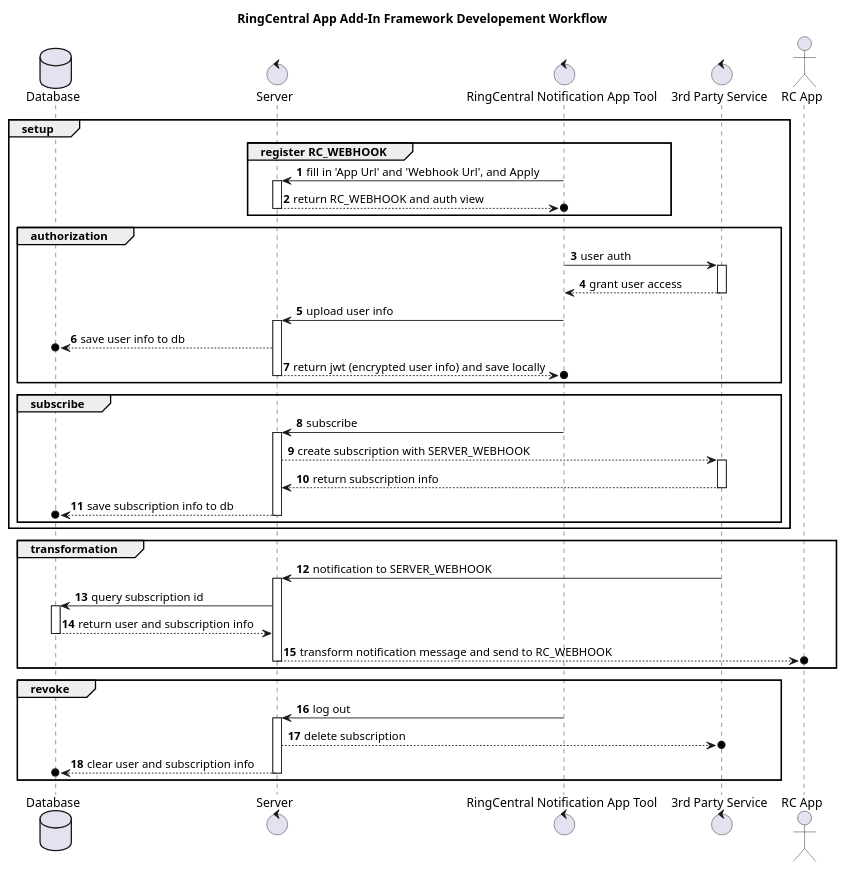
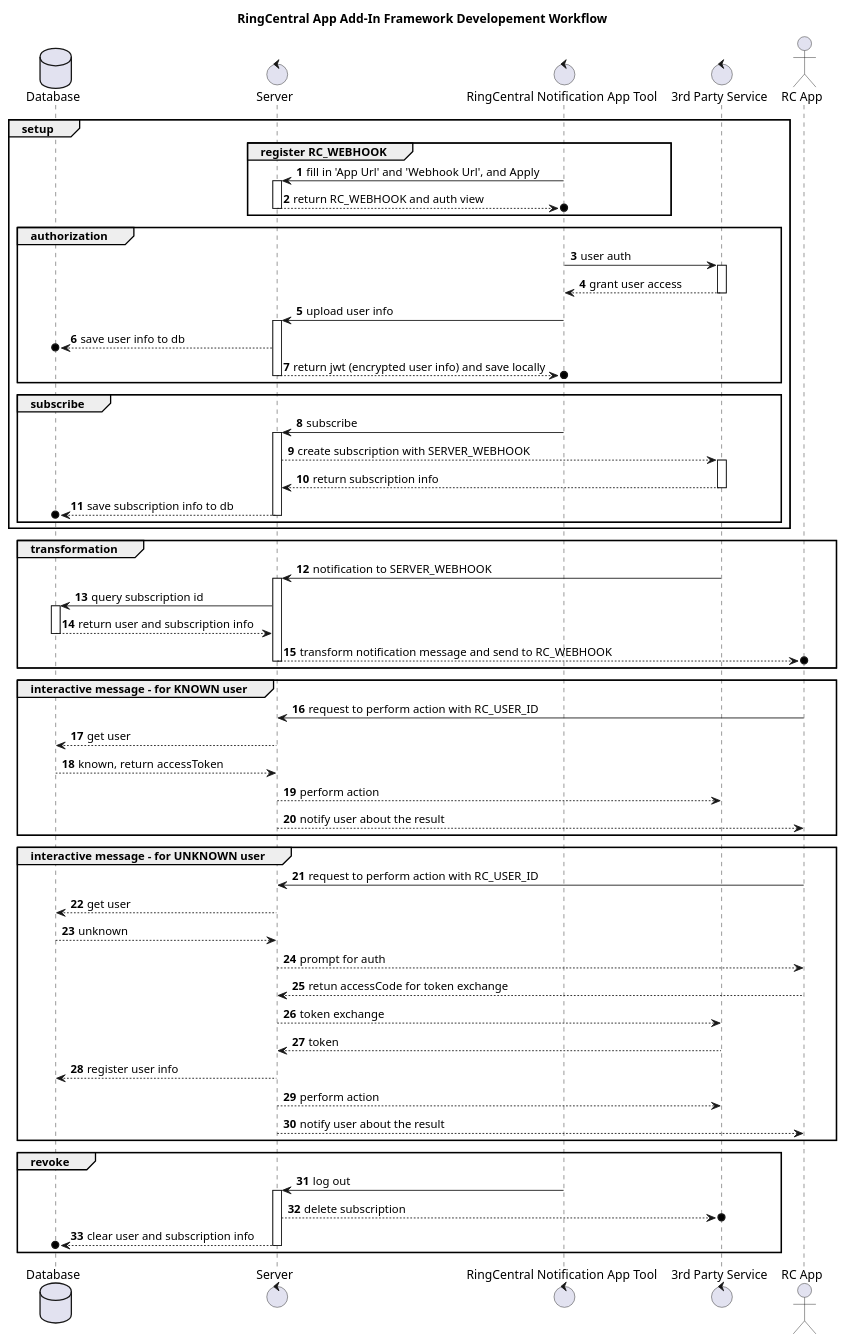
Before and after one commit to ringcentral/ringcentral-add-in-framework-js: the diagram in template/[OAuth]diagram/flow.puml, drawn with PlantUML. The commit also changed 18 other files, not shown here.

Commit message:
Add interactive message to OAuth templates

```diff
--- a/template/[OAuth]diagram/flow.puml
+++ b/template/[OAuth]diagram/flow.puml
@@ -1,65 +1,86 @@
 @startuml
 
 title RingCentral App Add-In Framework Developement Workflow
 
 autonumber
 
 Database "Database" as DB
 control "Server" as SERVER
 control "RingCentral Notification App Tool" as G
 control "3rd Party Service" as T
 actor "RC App" as RC
 
 group setup
 
     group register RC_WEBHOOK
     G -> SERVER: fill in 'App Url' and 'Webhook Url', and Apply
     activate SERVER
     SERVER -->o G: return RC_WEBHOOK and auth view
     deactivate SERVER
     end
 
     group authorization
     G -> T: user auth
     activate T
     T --> G: grant user access
     deactivate T
     G -> SERVER: upload user info
     activate SERVER
     SERVER -->o DB: save user info to db
     SERVER -->o G: return jwt (encrypted user info) and save locally
     deactivate SERVER
     end
 
     group subscribe
     G -> SERVER: subscribe
     activate SERVER
     SERVER --> T: create subscription with SERVER_WEBHOOK
     activate T
     T --> SERVER: return subscription info
     deactivate T
     SERVER -->o DB: save subscription info to db
     deactivate SERVER
     end
 end
 
 group transformation
     T -> SERVER: notification to SERVER_WEBHOOK
     activate SERVER
     SERVER -> DB: query subscription id
     activate DB
     DB --> SERVER: return user and subscription info
     deactivate DB
     SERVER -->o RC: transform notification message and send to RC_WEBHOOK
     deactivate SERVER
 end
 
+group interactive message - for KNOWN user
+    RC -> SERVER: request to perform action with RC_USER_ID
+    SERVER --> DB: get user
+    DB --> SERVER: known, return accessToken
+    SERVER --> T: perform action
+    SERVER --> RC: notify user about the result
+end
+
+group interactive message - for UNKNOWN user
+    RC -> SERVER: request to perform action with RC_USER_ID
+    SERVER --> DB: get user
+    DB --> SERVER: unknown
+    SERVER --> RC: prompt for auth
+    RC --> SERVER: retun accessCode for token exchange
+    SERVER --> T: token exchange
+    T --> SERVER: token
+    SERVER --> DB: register user info
+    SERVER --> T: perform action
+    SERVER --> RC: notify user about the result
+end
+
 group revoke
     G -> SERVER: log out
     activate SERVER
     SERVER -->o T: delete subscription
     SERVER -->o DB: clear user and subscription info
     deactivate SERVER
 end
 
 @enduml
```
